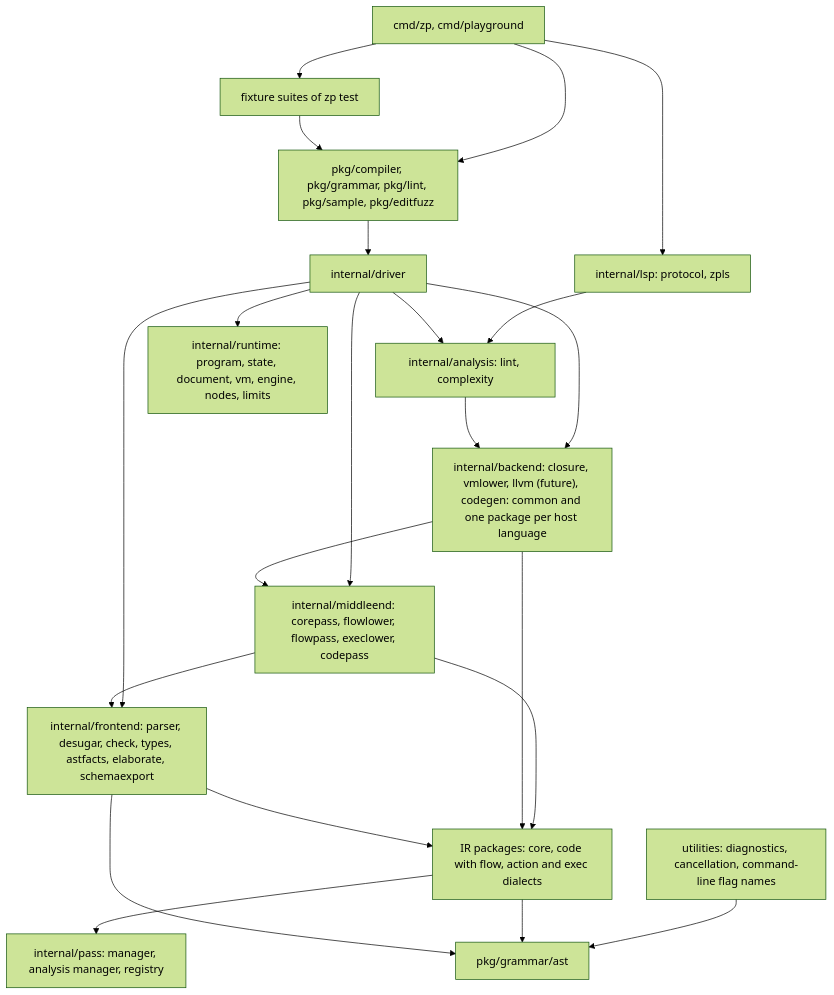
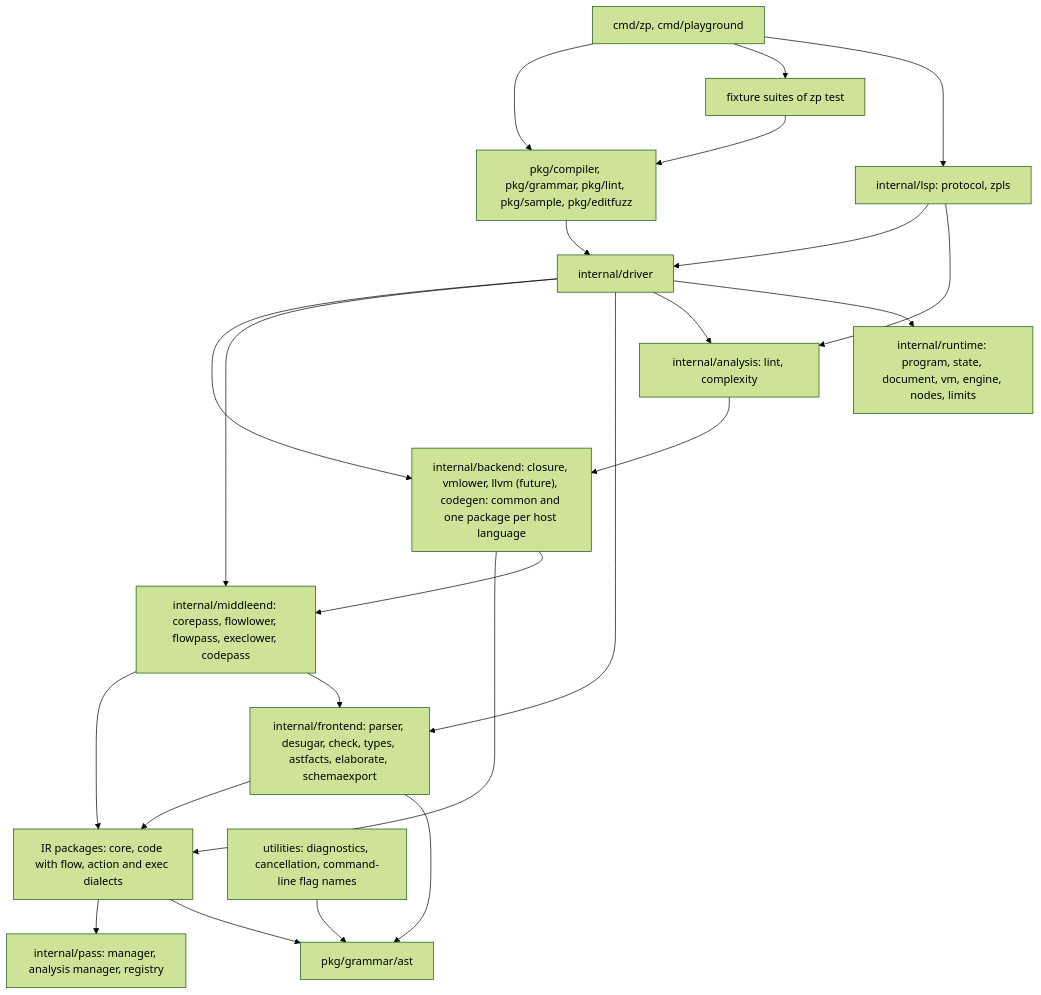
The diagram in docs/design/records/072-release-package-layout.md (syntaxir/syntaxir), drawn with Mermaid (forest theme) before and after one commit. The commit also changed 247 other files, not shown here.

````diff
--- a/docs/design/records/072-release-package-layout.md
+++ b/docs/design/records/072-release-package-layout.md
@@ -147,22 +147,23 @@
 ```mermaid
 flowchart TD
   cmd["cmd/zp, cmd/playground"] --> pub["pkg/compiler, pkg/grammar, pkg/lint, pkg/sample, pkg/editfuzz"]
   pub --> driver["internal/driver"]
   cmd --> fixture["fixture suites of zp test"] --> pub
   driver --> backend["internal/backend: closure, vmlower, llvm (future), codegen: common and one package per host language"]
   driver --> middle["internal/middleend: corepass, flowlower, flowpass, execlower, codepass"]
   driver --> front["internal/frontend: parser, desugar, check, types, astfacts, elaborate, schemaexport"]
   middle --> ir["IR packages: core, code with flow, action and exec dialects"]
   backend --> ir
   front --> ir
   ir --> pass["internal/pass: manager, analysis manager, registry"]
   util["utilities: diagnostics, cancellation, command-line flag names"] --> gram["pkg/grammar/ast"]
   ir --> gram
-  cmd --> lsp["internal/lsp: protocol, zpls"] --> analysis["internal/analysis: lint, complexity"]
+  cmd --> lsp["internal/lsp: protocol, zpls"] --> driver
+  lsp --> analysis["internal/analysis: lint, complexity"]
   driver --> analysis
   analysis --> backend
   backend --> middle
   middle --> front
   front --> gram
   driver --> rt["internal/runtime: program, state, document, vm, engine, nodes, limits"]
 ```
````
